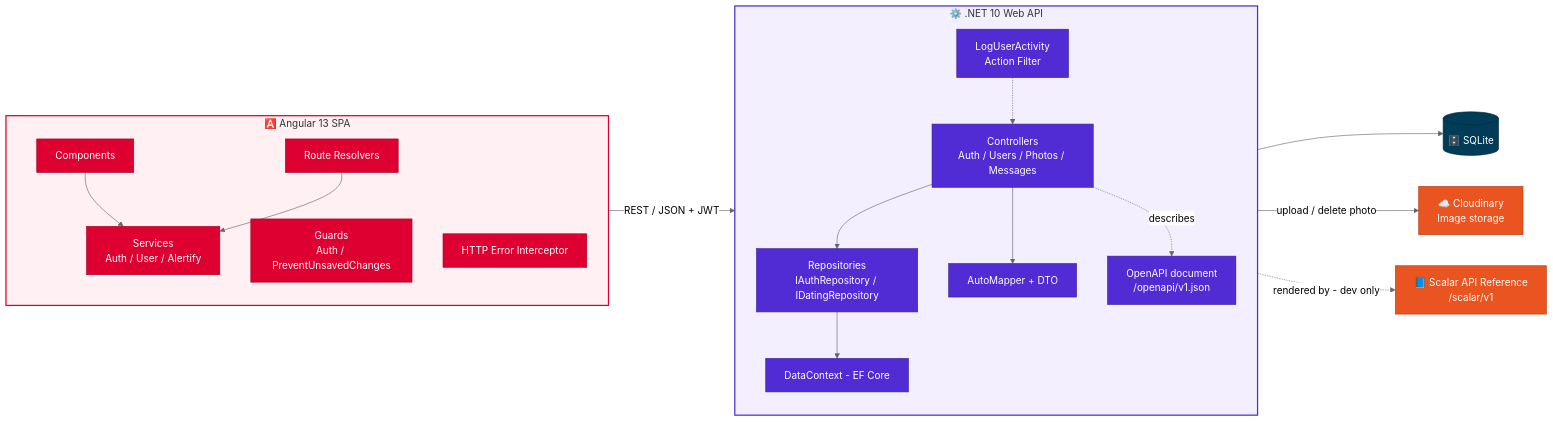
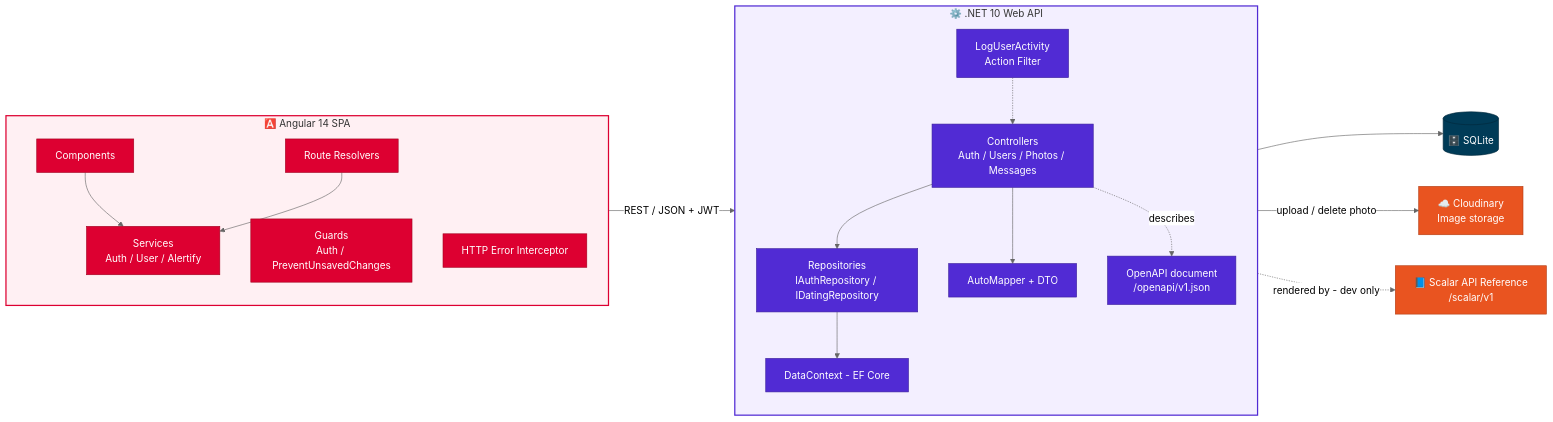
One commit to NisanurBulut/KimOkurAPP changed the first of 6 diagrams in README.md. Above: the diagram before and after it, drawn with Mermaid (neutral theme). The commit also changed other lines of this file and 10 other files, not shown here.

````diff
--- a/README.md
+++ b/README.md
@@ -166,40 +166,40 @@
 ```mermaid
 flowchart LR
-    subgraph SPA["🅰️ Angular 13 SPA"]
+    subgraph SPA["🅰️ Angular 14 SPA"]
         direction TB
         CMP["Components"] --> SRV["Services<br/>Auth / User / Alertify"]
         RES["Route Resolvers"] --> SRV
         GRD["Guards<br/>Auth / PreventUnsavedChanges"]
         INT["HTTP Error Interceptor"]
     end
 
     subgraph API["⚙️ .NET 10 Web API"]
         direction TB
         CTR["Controllers<br/>Auth / Users / Photos / Messages"] --> REP["Repositories<br/>IAuthRepository / IDatingRepository"]
         CTR --> MAP["AutoMapper + DTO"]
         FLT["LogUserActivity<br/>Action Filter"] -.-> CTR
         REP --> CTX["DataContext - EF Core"]
         OAS["OpenAPI document<br/>/openapi/v1.json"]
     end
 
     DB[("🗄️ SQLite")]
     CLD["☁️ Cloudinary<br/>Image storage"]
     SCL["📘 Scalar API Reference<br/>/scalar/v1"]
 
     SRV -->|"REST / JSON + JWT"| CTR
     CTX --> DB
     CTR -->|"upload / delete photo"| CLD
     CTR -.->|"describes"| OAS
     OAS -.->|"rendered by - dev only"| SCL
 
     classDef spa fill:#DD0031,stroke:#A3001F,color:#ffffff
     classDef api fill:#512BD4,stroke:#3A1E9C,color:#ffffff
     classDef ext fill:#E95420,stroke:#B33E14,color:#ffffff
     classDef store fill:#003B57,stroke:#00283B,color:#ffffff
     class CMP,SRV,RES,GRD,INT spa
     class CTR,REP,MAP,FLT,CTX,OAS api
     class CLD,SCL ext
     class DB store
     style SPA fill:#FFF0F3,stroke:#DD0031,stroke-width:2px
     style API fill:#F3EFFF,stroke:#512BD4,stroke-width:2px
 ```
````
